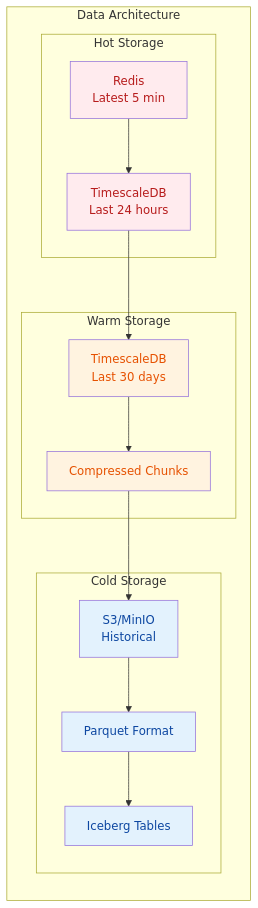
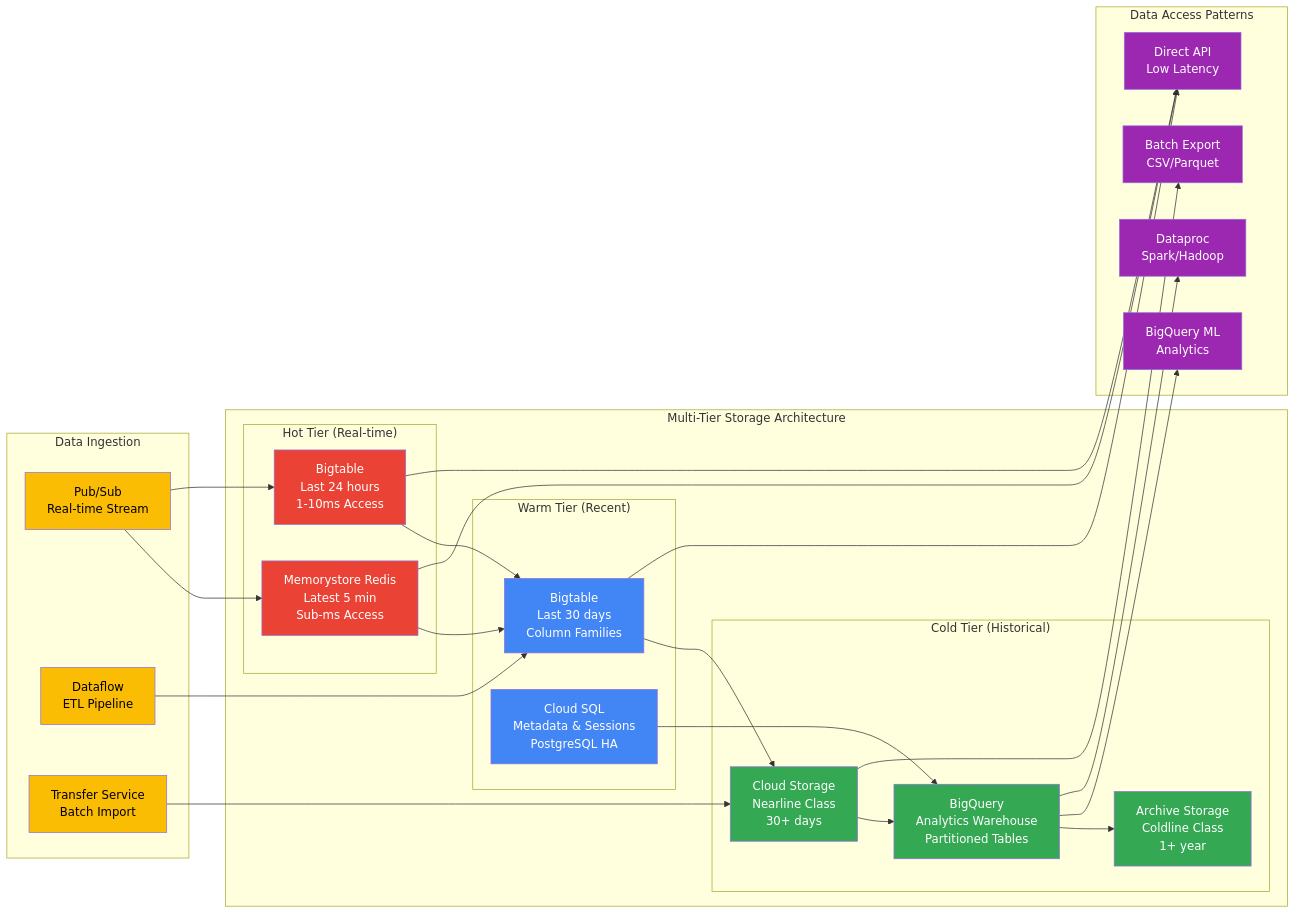
One commit to identity-wael/neurascale changed the fourth of 9 diagrams in docs-nextra/src/content/architecture.mdx. Above: the diagram before and after it, drawn with Mermaid. The commit also changed other lines of this file, not shown here.

Commit message:
feat(docs): Update Data Service diagram with GCP multi-tier storage architecture
- Added data ingestion methods: Pub/Sub, Dataflow, Transfer Service
- Implemented proper GCP storage tiers:
  - Hot: Memorystore Redis and Bigtable with latency specs
  - Warm: Bigtable column families and Cloud SQL PostgreSQL
  - Cold: Cloud Storage (Nearline/Coldline) and BigQuery
- Added data access patterns including BigQuery ML and Dataproc
- Specified storage classes for cost optimization
- Applied Google color scheme to match GCP services

🤖 Generated with [Claude Code](https://claude.ai/code)

````diff
--- a/docs-nextra/src/content/architecture.mdx
+++ b/docs-nextra/src/content/architecture.mdx
@@ -323,35 +323,67 @@
 ```mermaid
 graph LR
-    subgraph "Data Architecture"
-        subgraph "Hot Storage"
-            H1[Redis<br/>Latest 5 min]
-            H2[TimescaleDB<br/>Last 24 hours]
+    subgraph "Data Ingestion"
+        IN1[Pub/Sub<br/>Real-time Stream]
+        IN2[Dataflow<br/>ETL Pipeline]
+        IN3[Transfer Service<br/>Batch Import]
+    end
+
+    subgraph "Multi-Tier Storage Architecture"
+        subgraph "Hot Tier (Real-time)"
+            H1[Memorystore Redis<br/>Latest 5 min<br/>Sub-ms Access]
+            H2[Bigtable<br/>Last 24 hours<br/>1-10ms Access]
         end
 
-        subgraph "Warm Storage"
-            W1[TimescaleDB<br/>Last 30 days]
-            W2[Compressed Chunks]
+        subgraph "Warm Tier (Recent)"
+            W1[Bigtable<br/>Last 30 days<br/>Column Families]
+            W2[Cloud SQL<br/>Metadata & Sessions<br/>PostgreSQL HA]
         end
 
-        subgraph "Cold Storage"
-            C1[S3/MinIO<br/>Historical]
-            C2[Parquet Format]
-            C3[Iceberg Tables]
+        subgraph "Cold Tier (Historical)"
+            C1[Cloud Storage<br/>Nearline Class<br/>30+ days]
+            C2[BigQuery<br/>Analytics Warehouse<br/>Partitioned Tables]
+            C3[Archive Storage<br/>Coldline Class<br/>1+ year]
         end
     end
 
-    H1 --> H2
+    subgraph "Data Access Patterns"
+        AP1[Direct API<br/>Low Latency]
+        AP2[Batch Export<br/>CSV/Parquet]
+        AP3[BigQuery ML<br/>Analytics]
+        AP4[Dataproc<br/>Spark/Hadoop]
+    end
+
+    IN1 --> H1
+    IN1 --> H2
+    IN2 --> W1
+    IN3 --> C1
+
+    H1 --> W1
     H2 --> W1
-    W1 --> W2
-    W2 --> C1
+    W1 --> C1
+    W2 --> C2
     C1 --> C2
     C2 --> C3
 
-    style H1 fill:#ffebee,color:#b71c1c
-    style H2 fill:#ffebee,color:#b71c1c
-    style W1 fill:#fff3e0,color:#e65100
-    style W2 fill:#fff3e0,color:#e65100
-    style C1 fill:#e3f2fd,color:#0d47a1
-    style C2 fill:#e3f2fd,color:#0d47a1
-    style C3 fill:#e3f2fd,color:#0d47a1
+    H1 --> AP1
+    H2 --> AP1
+    W1 --> AP1
+    C2 --> AP3
+    C1 --> AP2
+    C2 --> AP4
+
+    style IN1 fill:#fbbc04,color:#000000
+    style IN2 fill:#fbbc04,color:#000000
+    style IN3 fill:#fbbc04,color:#000000
+    style H1 fill:#ea4335,color:#ffffff
+    style H2 fill:#ea4335,color:#ffffff
+    style W1 fill:#4285f4,color:#ffffff
+    style W2 fill:#4285f4,color:#ffffff
+    style C1 fill:#34a853,color:#ffffff
+    style C2 fill:#34a853,color:#ffffff
+    style C3 fill:#34a853,color:#ffffff
+    style AP1 fill:#9c27b0,color:#ffffff
+    style AP2 fill:#9c27b0,color:#ffffff
+    style AP3 fill:#9c27b0,color:#ffffff
+    style AP4 fill:#9c27b0,color:#ffffff
 ```
````
